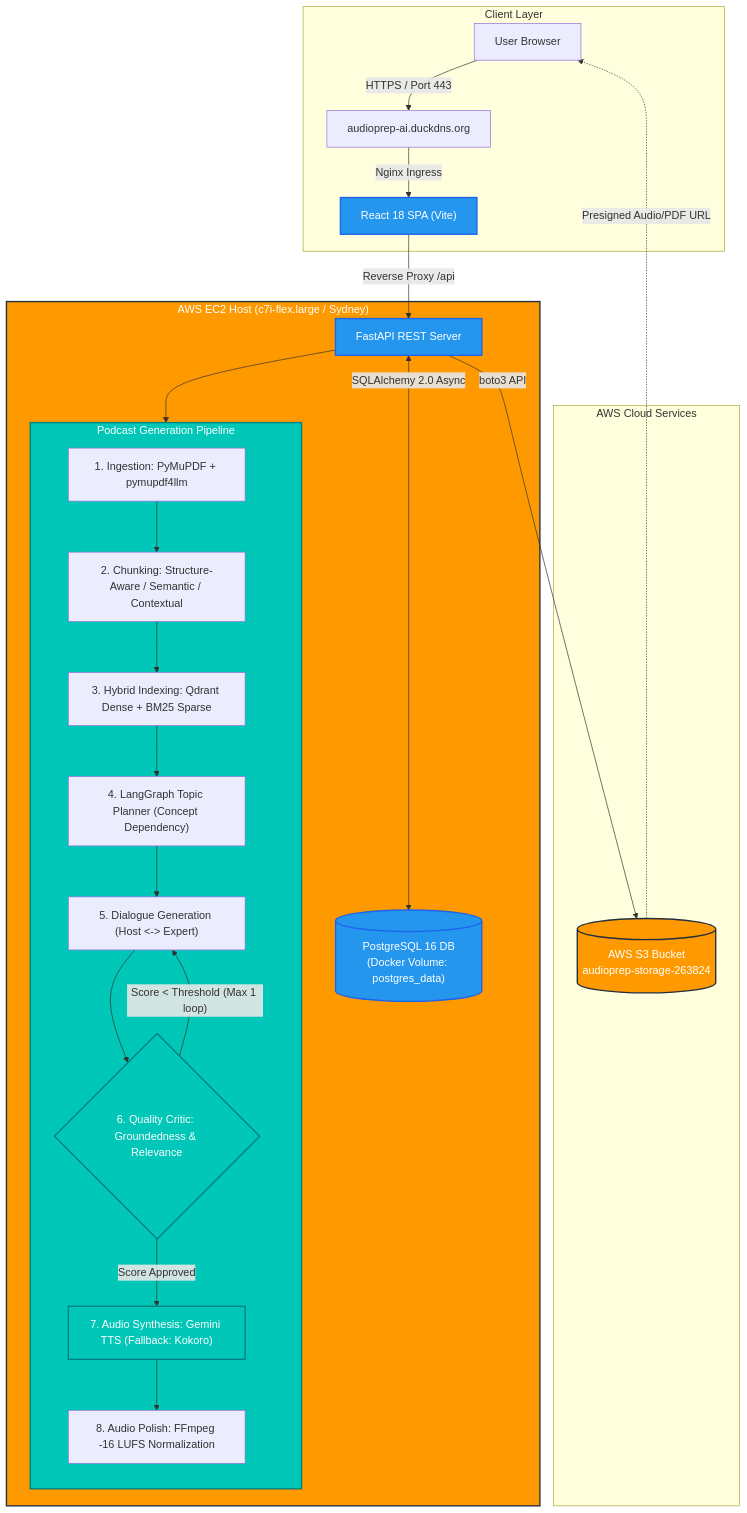
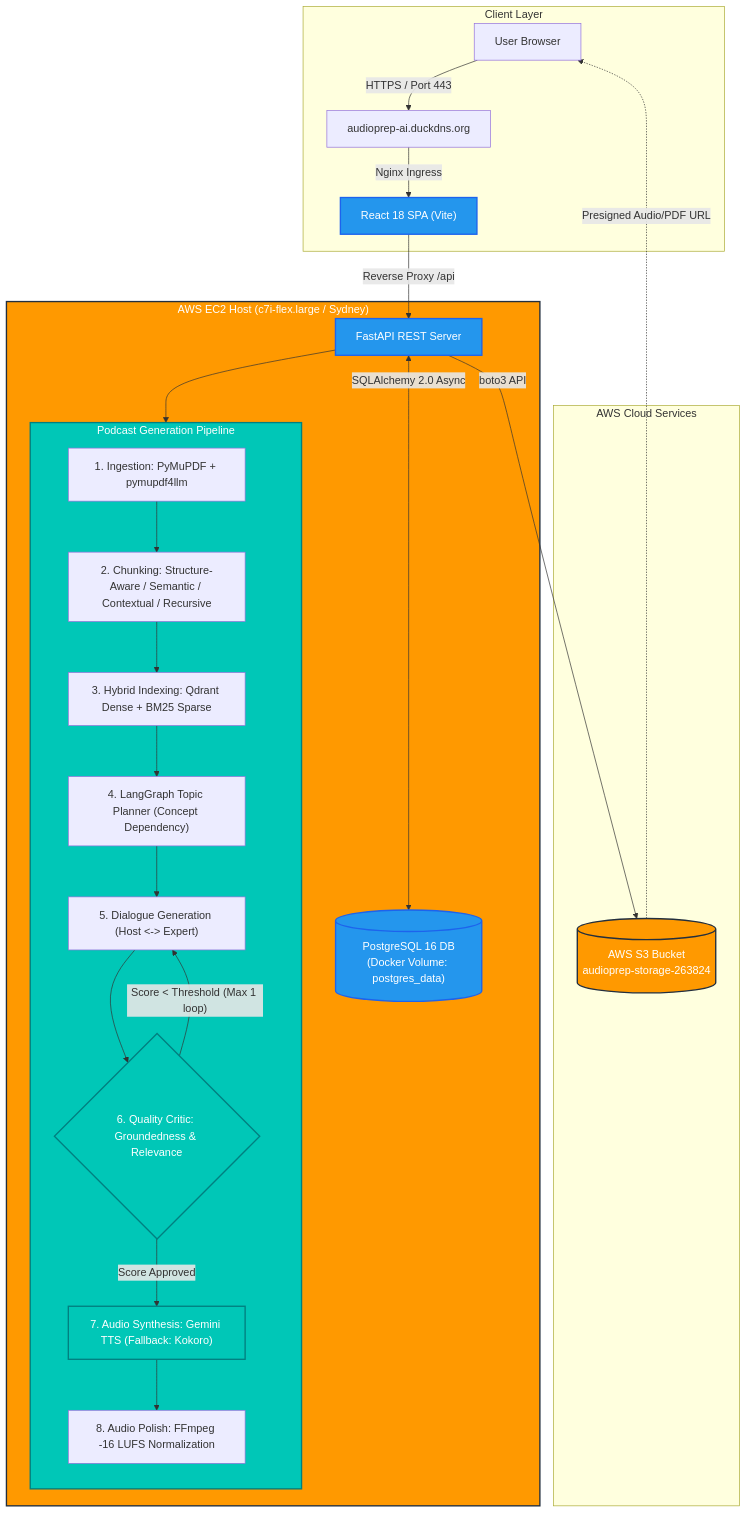
The diagram in README.md (12ATHARAV/AudioPrep-AI), drawn with Mermaid before and after one commit.

````diff
--- a/README.md
+++ b/README.md
@@ -64,43 +64,43 @@
 ```mermaid
 flowchart TD
     subgraph Client ["Client Layer"]
         User["User Browser"] -->|HTTPS / Port 443| Domain["audioprep-ai.duckdns.org"]
         Domain -->|Nginx Ingress| Frontend["React 18 SPA (Vite)"]
     end
 
     subgraph AWS_EC2 ["AWS EC2 Host (c7i-flex.large / Sydney)"]
         Frontend -->|Reverse Proxy /api| Backend["FastAPI REST Server"]
         
         subgraph Pipeline ["Podcast Generation Pipeline"]
             direction TB
             Ingest["1. Ingestion: PyMuPDF + pymupdf4llm"]
-            Chunk["2. Chunking: Structure-Aware / Semantic / Contextual"]
+            Chunk["2. Chunking: Structure-Aware / Semantic / Contextual / Recursive"]
             Index["3. Hybrid Indexing: Qdrant Dense + BM25 Sparse"]
             Planner["4. LangGraph Topic Planner (Concept Dependency)"]
             Dialogue["5. Dialogue Generation (Host <-> Expert)"]
             Critic{"6. Quality Critic: Groundedness & Relevance"}
             TTS["7. Audio Synthesis: Gemini TTS (Fallback: Kokoro)"]
             FFmpeg["8. Audio Polish: FFmpeg -16 LUFS Normalization"]
             
             Ingest --> Chunk --> Index --> Planner --> Dialogue --> Critic
             Critic --"Score < Threshold (Max 1 loop)"--> Dialogue
             Critic --"Score Approved"--> TTS --> FFmpeg
         end
 
         Backend --> Pipeline
         Backend <-->|SQLAlchemy 2.0 Async| Postgres[("PostgreSQL 16 DB\n(Docker Volume: postgres_data)")]
     end
 
     subgraph AWS_Cloud ["AWS Cloud Services"]
         Backend -->|boto3 API| S3_Bucket[("AWS S3 Bucket\naudioprep-storage-263824")]
         S3_Bucket -.->|Presigned Audio/PDF URL| User
     end
 
     classDef aws fill:#FF9900,stroke:#232F3E,stroke-width:2px,color:white;
     classDef comp fill:#2496ED,stroke:#1D63ED,stroke-width:2px,color:white;
     classDef model fill:#00C7B7,stroke:#008080,stroke-width:2px,color:white;
     
     class S3_Bucket,AWS_EC2 aws;
     class Backend,Frontend,Postgres comp;
     class Pipeline,TTS,Critic model;
 ```
````
